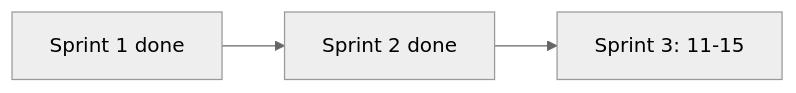
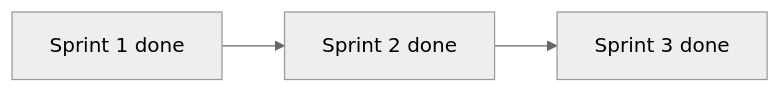
The diagram in docs/ux-improvement-roadmap.md (Igor527/igor_page_calc), drawn with Mermaid (neutral theme) before and after one commit. The commit also changed other lines of this file and 12 other files, not shown here.

````diff
--- a/docs/ux-improvement-roadmap.md
+++ b/docs/ux-improvement-roadmap.md
@@ -177,5 +187,5 @@
 ```mermaid
 flowchart LR
   S1[Sprint 1 done] --> S2[Sprint 2 done]
-  S2 --> S3[Sprint 3: 11-15]
+  S2 --> S3[Sprint 3 done]
 ```
````
